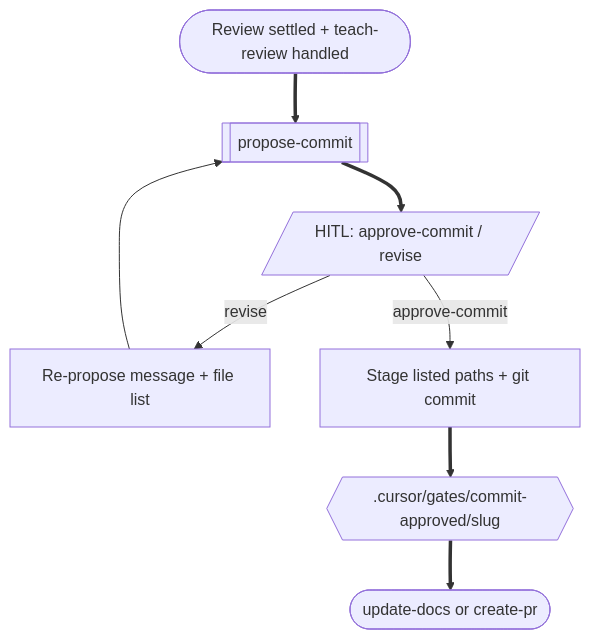
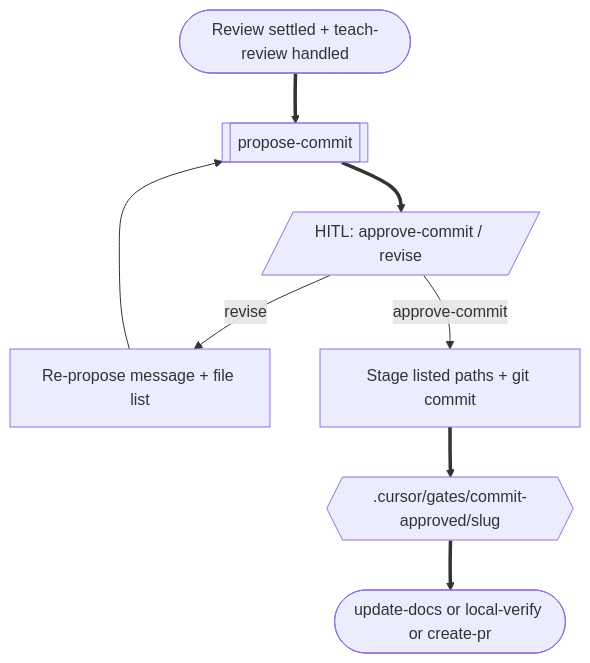
The ninth of 15 diagrams in docs/superpowers/pipeline-flow.md (a-trembak/cursor-spells), drawn with Mermaid before and after one commit. The commit also changed other lines of this file and 11 other files, not shown here.

First line of the commit message:
feat: wire local-verify before create-pr

````diff
--- a/docs/superpowers/pipeline-flow.md
+++ b/docs/superpowers/pipeline-flow.md
@@ -445,18 +449,18 @@
 ```mermaid
 flowchart TD
   reviewDone(["Review settled + teach-review handled"])
   propose[["propose-commit"]]
   hitlCommit[/"HITL: approve-commit / revise"/]
   revise["Re-propose message + file list"]
   stageCommit["Stage listed paths + git commit"]
   writeCommit{{".cursor/gates/commit-approved/slug"}}
-  toDocs(["update-docs or create-pr"])
+  toDocs(["update-docs or local-verify or create-pr"])
 
   reviewDone ==> propose
   propose ==> hitlCommit
   hitlCommit -->|"revise"| revise
   revise --> propose
   hitlCommit -->|"approve-commit"| stageCommit
   stageCommit ==> writeCommit
   writeCommit ==> toDocs
 ```
````
